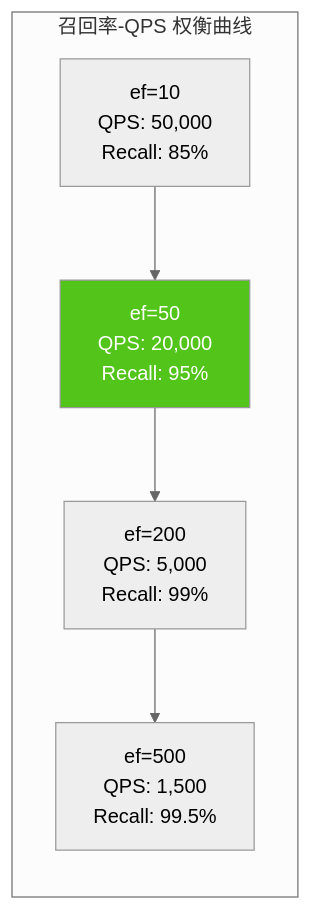
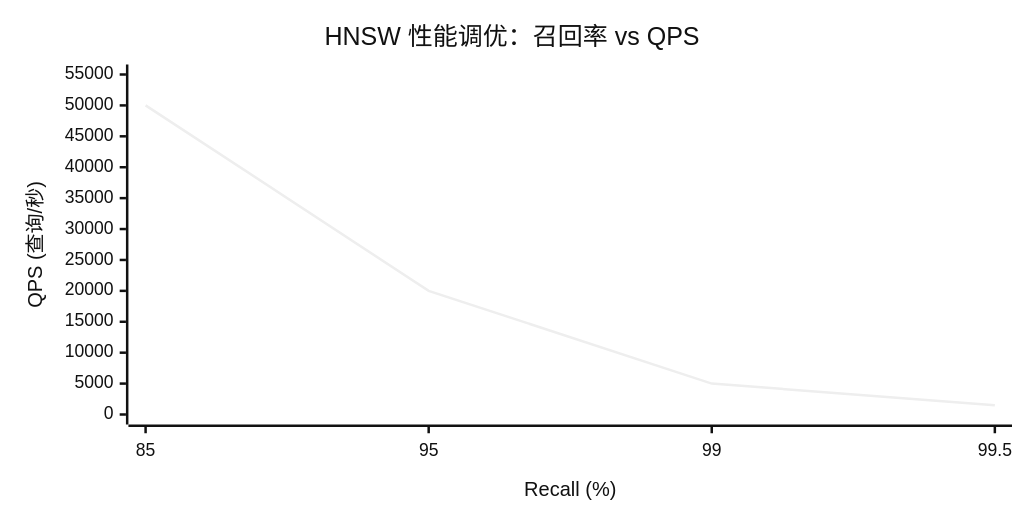
Diagram 41 of 42 in docs/research/003-vector-search-algorithm.md (ThreeFish-AI/agentic-ai-cognizes), drawn with Mermaid (neutral theme) before and after one commit. The commit also changed other lines of this file, not shown here.

First line of the commit message:
docs(Research): 优化图表样式与选型流程描述;

````diff
--- a/docs/research/003-vector-search-algorithm.md
+++ b/docs/research/003-vector-search-algorithm.md
@@ -2005,13 +2006,19 @@
 ```mermaid
-graph LR
-    subgraph "召回率-QPS 权衡曲线"
-        P1["ef=10<br/>QPS: 50,000<br/>Recall: 85%"]
-        P2["ef=50<br/>QPS: 20,000<br/>Recall: 95%"]
-        P3["ef=200<br/>QPS: 5,000<br/>Recall: 99%"]
-        P4["ef=500<br/>QPS: 1,500<br/>Recall: 99.5%"]
-    end
-
-    P1 --> P2 --> P3 --> P4
-
-    style P2 fill:#52c41a,color:#fff
+---
+config:
+    xyChart:
+        width: 800
+        height: 400
+        xAxis:
+            titlePadding: 10
+            labelPadding: 5
+        yAxis:
+            titlePadding: 10
+            labelPadding: 5
+---
+xychart-beta
+    title "HNSW 性能调优：召回率 vs QPS"
+    x-axis "Recall (%)" [85, 95, 99, 99.5]
+    y-axis "QPS (查询/秒)" 0 --> 55000
+    line [50000, 20000, 5000, 1500]
 ```
````
